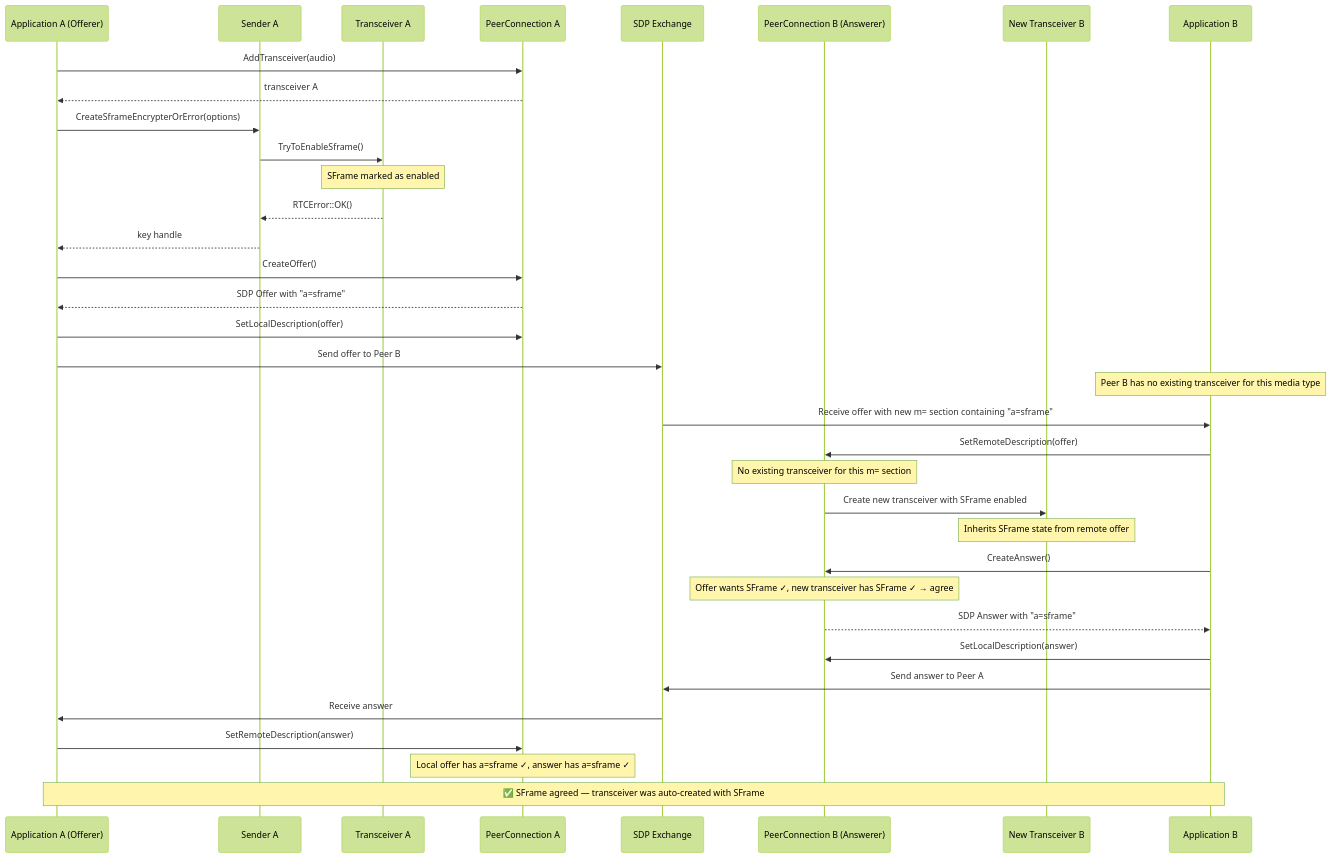
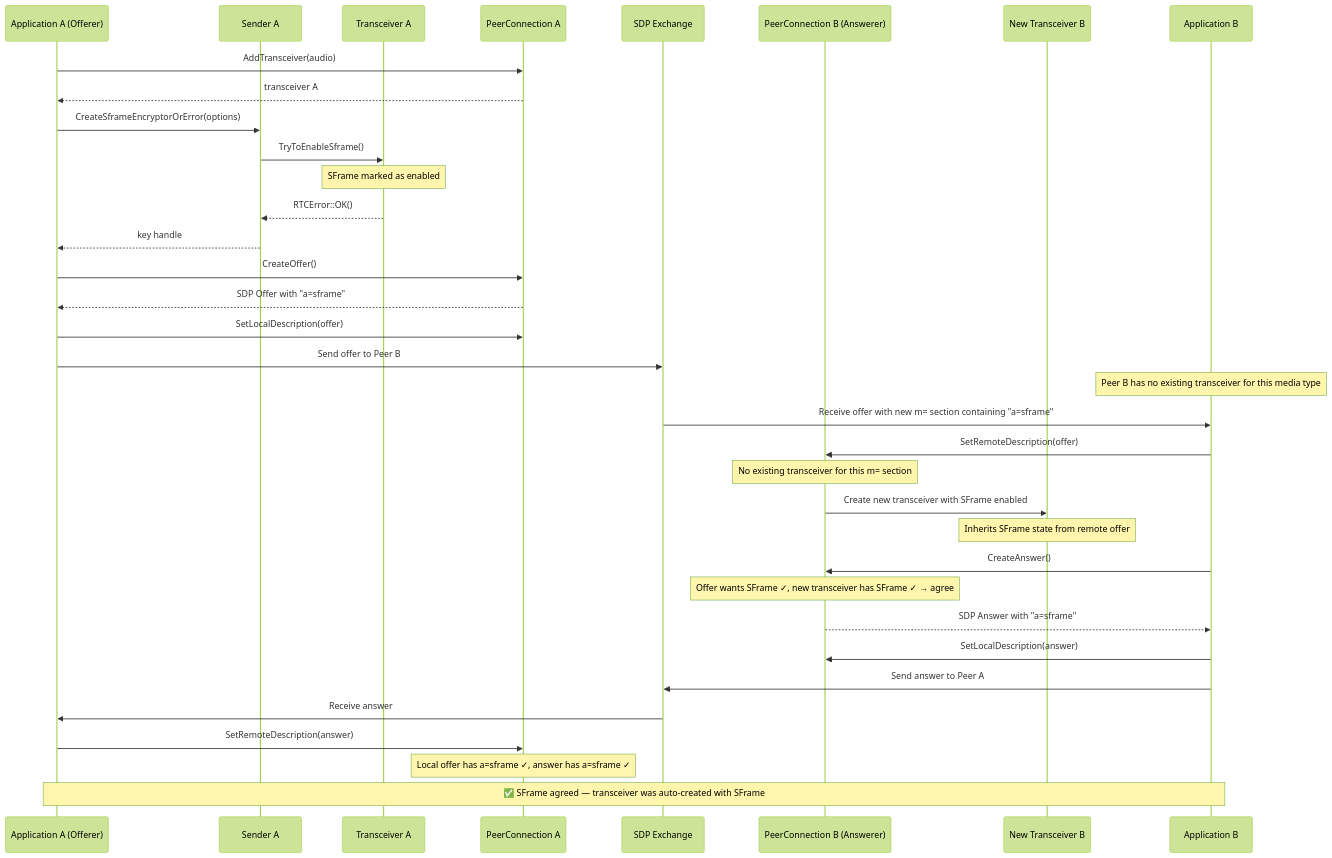
One commit to webex/webrtc-sframe changed the fourth of 6 diagrams in negotiation.md. Above: the diagram before and after it, drawn with Mermaid (forest theme). The commit also changed other lines of this file and 3 other files, not shown here.

Commit message:
sframe architecture docs

````diff
--- a/negotiation.md
+++ b/negotiation.md
@@ -259,46 +259,46 @@
 ```mermaid
 sequenceDiagram
     participant AppA as Application A (Offerer)
     participant SA as Sender A
     participant TA as Transceiver A
     participant PCA as PeerConnection A
     participant SDP as SDP Exchange
     participant PCB as PeerConnection B (Answerer)
     participant TB as New Transceiver B
     participant AppB as Application B
 
     AppA->>PCA: AddTransceiver(audio)
     PCA-->>AppA: transceiver A
 
-    AppA->>SA: CreateSframeEncrypterOrError(options)
+    AppA->>SA: CreateSframeEncryptorOrError(options)
     SA->>TA: TryToEnableSframe()
     Note over TA: SFrame marked as enabled
     TA-->>SA: RTCError::OK()
     SA-->>AppA: key handle
 
     AppA->>PCA: CreateOffer()
     PCA-->>AppA: SDP Offer with "a=sframe"
     AppA->>PCA: SetLocalDescription(offer)
     AppA->>SDP: Send offer to Peer B
 
     Note over AppB: Peer B has no existing transceiver for this media type
 
     SDP->>AppB: Receive offer with new m= section containing "a=sframe"
     AppB->>PCB: SetRemoteDescription(offer)
     Note over PCB: No existing transceiver for this m= section
     PCB->>TB: Create new transceiver with SFrame enabled
     Note over TB: Inherits SFrame state from remote offer
 
     AppB->>PCB: CreateAnswer()
     Note over PCB: Offer wants SFrame ✓, new transceiver has SFrame ✓ → agree
     PCB-->>AppB: SDP Answer with "a=sframe"
 
     AppB->>PCB: SetLocalDescription(answer)
     AppB->>SDP: Send answer to Peer A
 
     SDP->>AppA: Receive answer
     AppA->>PCA: SetRemoteDescription(answer)
     Note over PCA: Local offer has a=sframe ✓, answer has a=sframe ✓
 
     Note over AppA,AppB: ✅ SFrame agreed — transceiver was auto-created with SFrame
 ```
````
